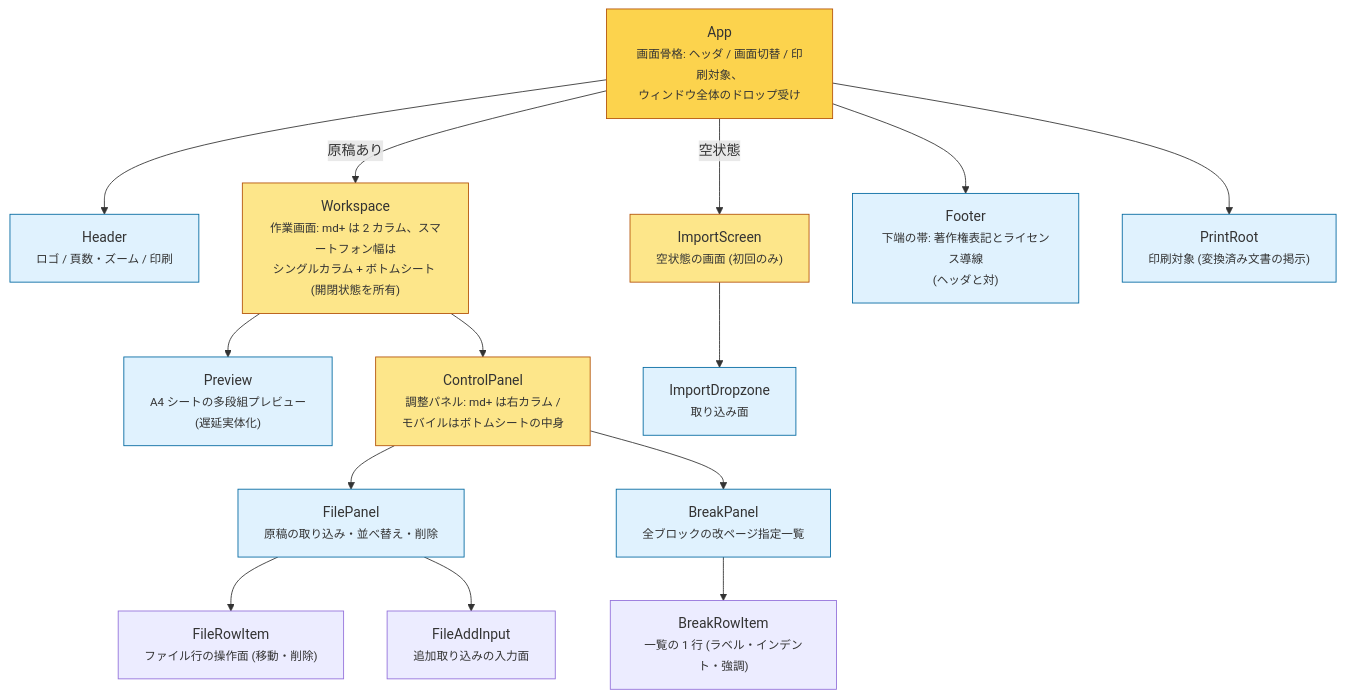
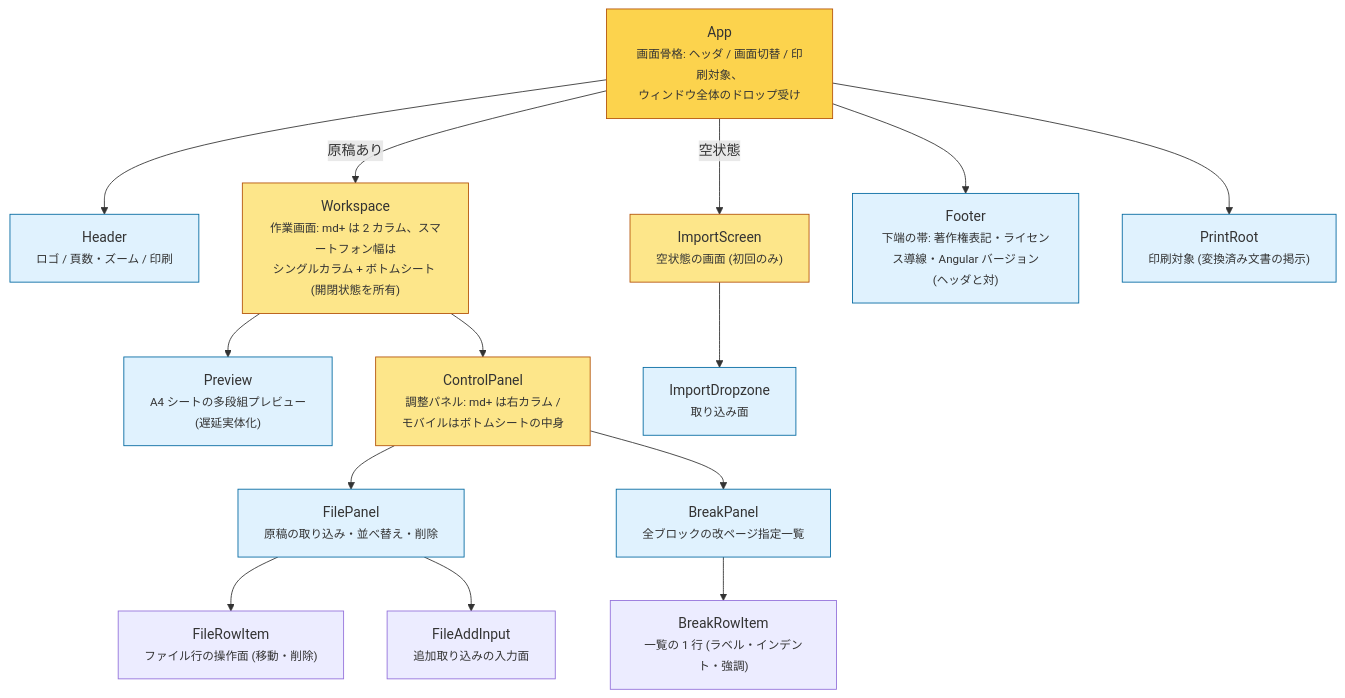
One commit to lacolaco/printmd changed the diagram in docs/component-tree.md. Above: the diagram before and after it, drawn with Mermaid. The commit also changed 3 other files, not shown here.

````diff
--- a/docs/component-tree.md
+++ b/docs/component-tree.md
@@ -6,38 +6,38 @@
 ```mermaid
 flowchart TB
   APP["App<br/><small>画面骨格: ヘッダ / 画面切替 / 印刷対象、<br/>ウィンドウ全体のドロップ受け</small>"]
   HEADER["Header<br/><small>ロゴ / 頁数・ズーム / 印刷</small>"]
   WS["Workspace<br/><small>作業画面: md+ は 2 カラム、スマートフォン幅は<br/>シングルカラム + ボトムシート (開閉状態を所有)</small>"]
   IMPORT["ImportScreen<br/><small>空状態の画面 (初回のみ)</small>"]
   PREVIEW["Preview<br/><small>A4 シートの多段組プレビュー<br/>(遅延実体化)</small>"]
   PANEL["ControlPanel<br/><small>調整パネル: md+ は右カラム /<br/>モバイルはボトムシートの中身</small>"]
   FILEP["FilePanel<br/><small>原稿の取り込み・並べ替え・削除</small>"]
   BREAKP["BreakPanel<br/><small>全ブロックの改ページ指定一覧</small>"]
   BREAKROW["BreakRowItem<br/><small>一覧の 1 行 (ラベル・インデント・強調)</small>"]
   FILEROW["FileRowItem<br/><small>ファイル行の操作面 (移動・削除)</small>"]
   FILEADD["FileAddInput<br/><small>追加取り込みの入力面</small>"]
-  FOOTER["Footer<br/><small>下端の帯: 著作権表記とライセンス導線<br/>(ヘッダと対)</small>"]
+  FOOTER["Footer<br/><small>下端の帯: 著作権表記・ライセンス導線・Angular バージョン<br/>(ヘッダと対)</small>"]
   DROP["ImportDropzone<br/><small>取り込み面</small>"]
   PRINT["PrintRoot<br/><small>印刷対象 (変換済み文書の掲示)</small>"]
 
   APP --> HEADER
   APP --> FOOTER
   APP -->|"原稿あり"| WS
   APP -->|"空状態"| IMPORT
   APP --> PRINT
   WS --> PREVIEW
   WS --> PANEL
   PANEL --> FILEP
   PANEL --> BREAKP
   BREAKP --> BREAKROW
   FILEP --> FILEROW
   FILEP --> FILEADD
   IMPORT --> DROP
 
   classDef shell fill:#fcd34d,stroke:#b45309
   classDef layout fill:#fde68a,stroke:#b45309
   classDef leaf fill:#e0f2fe,stroke:#0369a1
   class APP shell
   class WS,PANEL,IMPORT layout
   class HEADER,PREVIEW,FILEP,BREAKP,FOOTER,DROP,PRINT leaf
 ```
````
